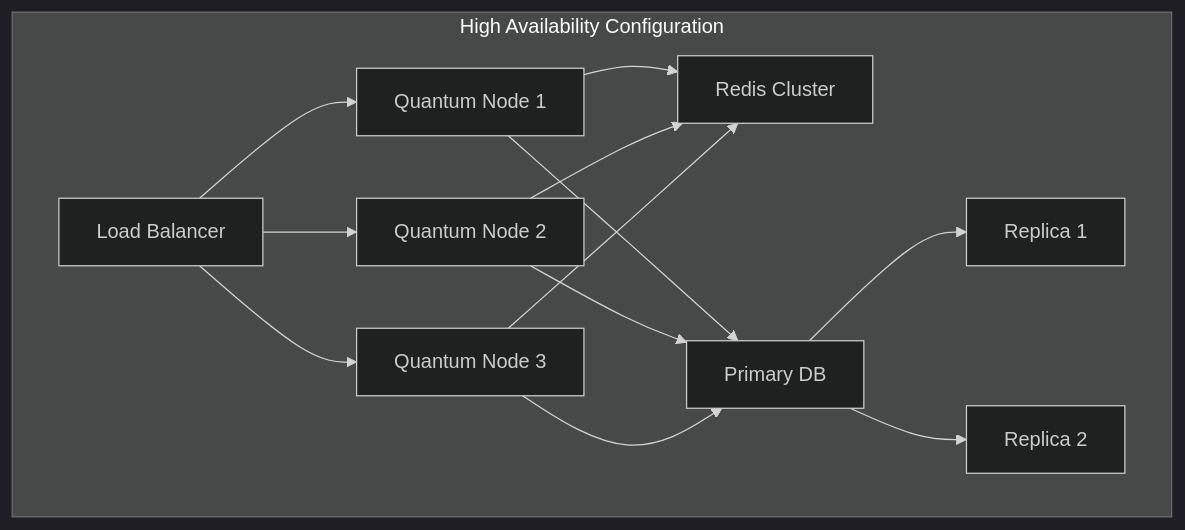
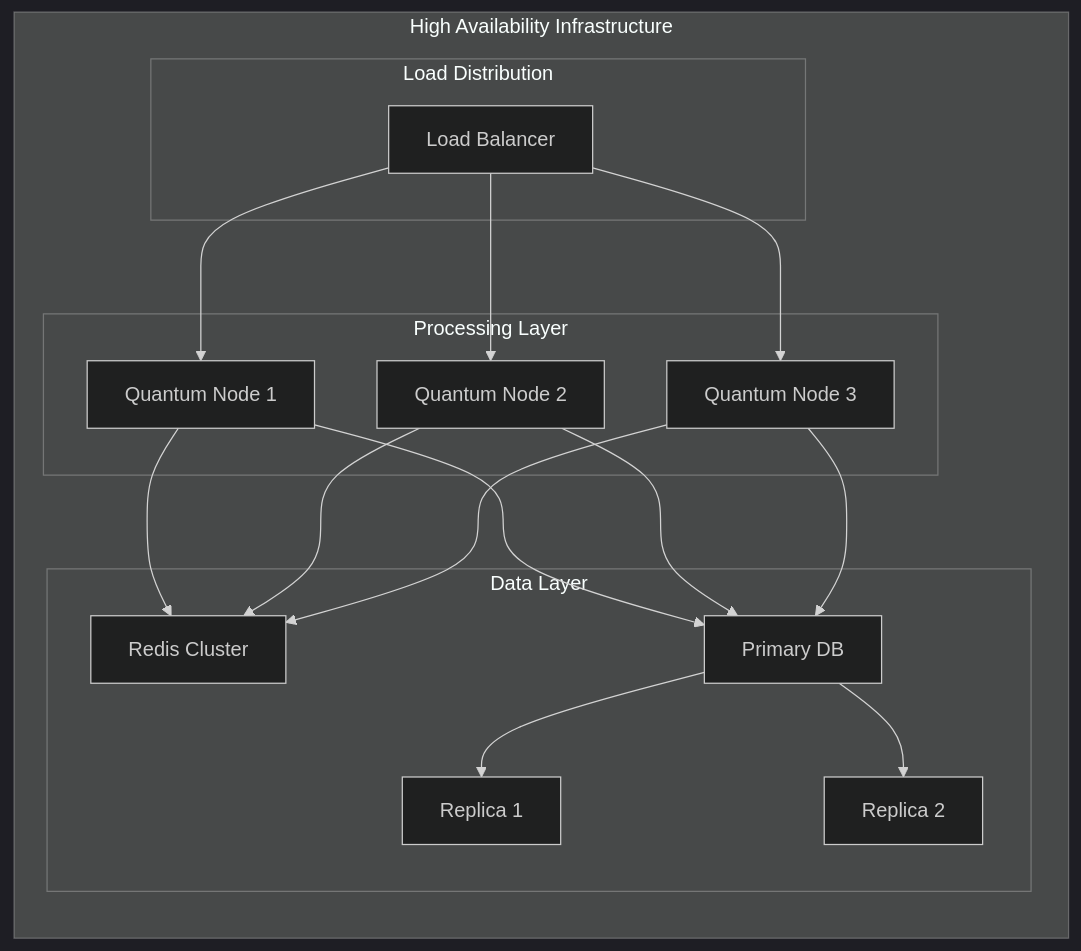
One commit to JermWang/QUANTANIUM changed the fourth of 4 diagrams in README.md. Above: the diagram before and after it, drawn with Mermaid (dark theme). The commit also changed other lines of this file, not shown here.

````diff
--- a/README.md
+++ b/README.md
@@ -390,19 +390,38 @@
 ```mermaid
 graph TD
-    subgraph "High Availability Configuration"
-        LB[Load Balancer] --> QN1[Quantum Node 1]
-        LB --> QN2[Quantum Node 2]
-        LB --> QN3[Quantum Node 3]
+    subgraph "High Availability Infrastructure"
+        direction TB
         
-        QN1 --> Cache1[Redis Cluster]
-        QN2 --> Cache1
-        QN3 --> Cache1
+        subgraph "Load Distribution"
+            LB[Load Balancer]
+        end
         
-        QN1 --> DB1[Primary DB]
+        subgraph "Processing Layer"
+            QN1[Quantum Node 1]
+            QN2[Quantum Node 2]
+            QN3[Quantum Node 3]
+        end
+        
+        subgraph "Data Layer"
+            RC[Redis Cluster]
+            DB1[Primary DB]
+            DB2[Replica 1]
+            DB3[Replica 2]
+        end
+        
+        LB --> QN1
+        LB --> QN2
+        LB --> QN3
+        
+        QN1 --> RC
+        QN2 --> RC
+        QN3 --> RC
+        
+        QN1 --> DB1
         QN2 --> DB1
         QN3 --> DB1
         
-        DB1 --> DB2[Replica 1]
-        DB1 --> DB3[Replica 2]
+        DB1 --> DB2
+        DB1 --> DB3
     end
 ```
````
